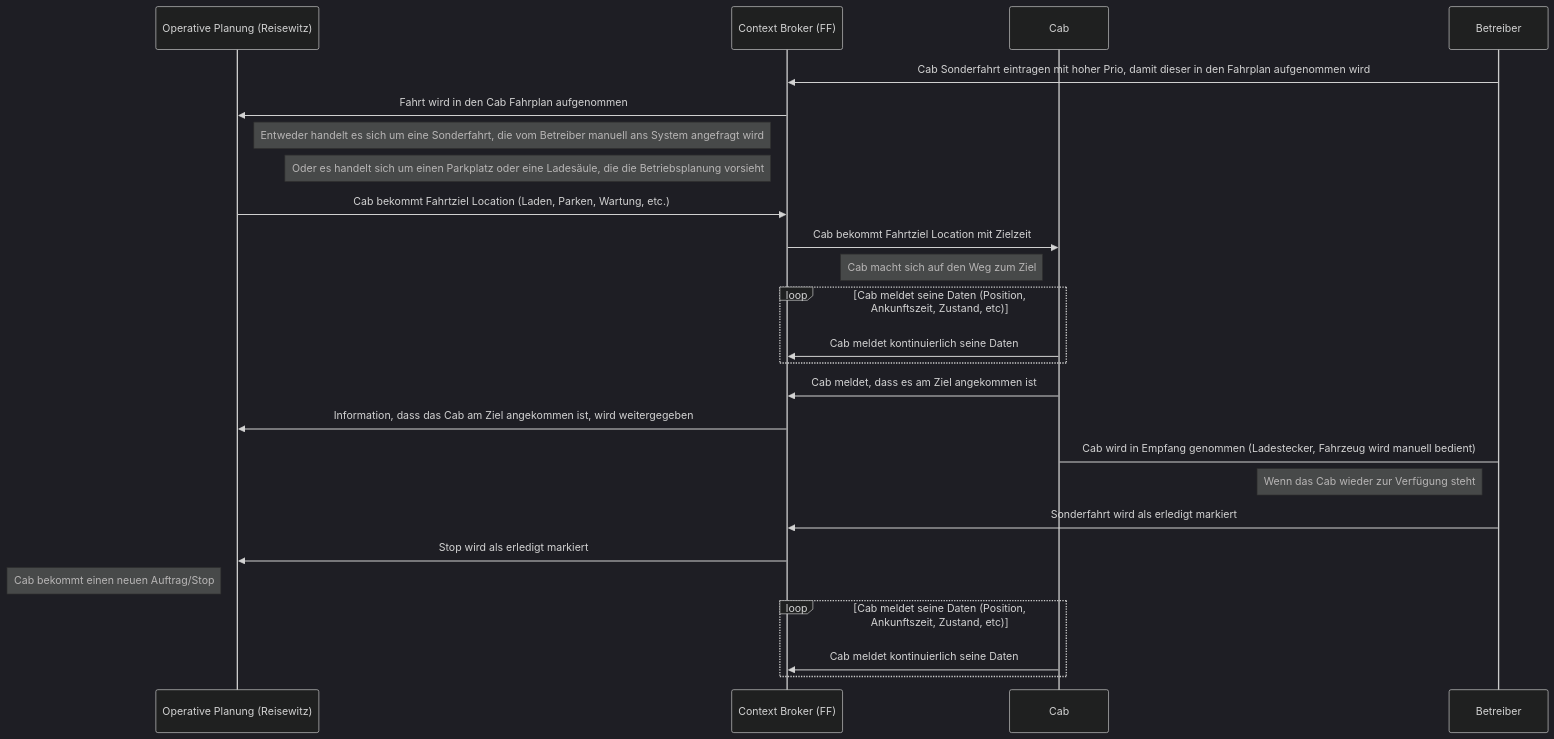
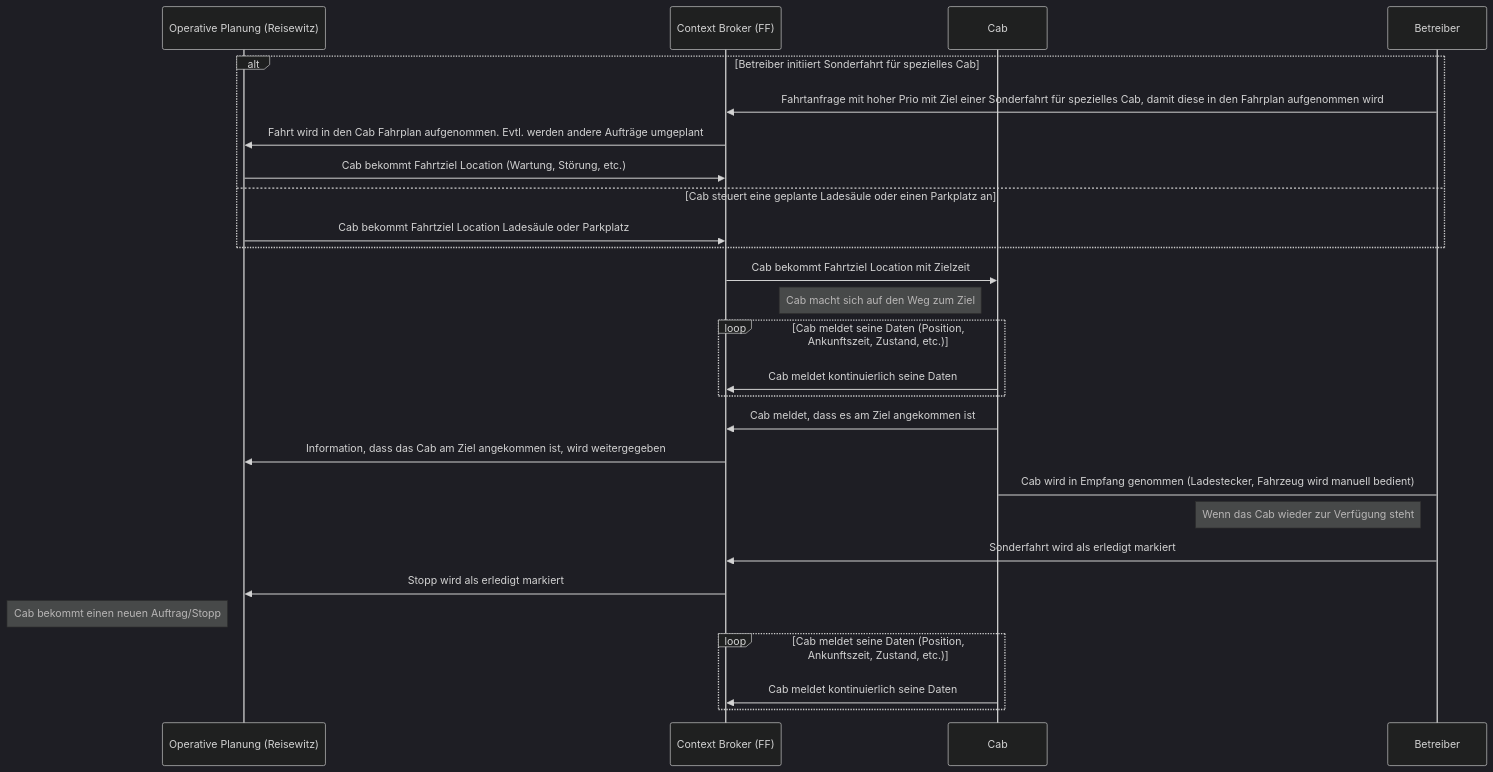
Before and after one commit to NeMo-bil/documentation: the third of 3 diagrams in README.md, drawn with Mermaid (dark theme).

Commit message:
Anpassung an Sonderfahrt

````diff
--- a/README.md
+++ b/README.md
@@ -146,38 +146,38 @@
 ```mermaid
 sequenceDiagram
 %% auskommentieren wenn wir Details zur Kommunikation aufschreiben
 %% autonumber
 %% Benutzer definieren
 %%actor User
 %% technische Teilnehmer/Componenten definieren
 participant RW as Operative Planung (Reisewitz)
 participant CB as Context Broker (FF)
 participant Cab
 participant Betreiber
 
-Betreiber->>CB: Cab Sonderfahrt eintragen mit hoher Prio, damit dieser in den Fahrplan aufgenommen wird
-CB->>RW: Fahrt wird in den Cab Fahrplan aufgenommen
-Note left of CB: Entweder handelt es sich um eine Sonderfahrt, die vom Betreiber manuell ans System angefragt wird
-Note left of CB: Oder es handelt sich um einen Parkplatz oder eine Ladesäule, die die Betriebsplanung vorsieht
+alt Betreiber initiiert Sonderfahrt für spezielles Cab
+    Betreiber->>CB: Fahrtanfrage mit hoher Prio mit Ziel einer Sonderfahrt für spezielles Cab, damit diese in den Fahrplan aufgenommen wird
+    CB->>RW: Fahrt wird in den Cab Fahrplan aufgenommen. Evtl. werden andere Aufträge umgeplant
+    RW->>CB: Cab bekommt Fahrtziel Location (Wartung, Störung,  etc.)
+else Cab steuert eine geplante Ladesäule oder einen Parkplatz an
+    RW->>CB: Cab bekommt Fahrtziel Location Ladesäule oder Parkplatz
+end
 
-RW->>CB: Cab bekommt Fahrtziel Location (Laden, Parken, Wartung, etc.)
 CB->>Cab: Cab bekommt Fahrtziel Location mit Zielzeit
 Note left of Cab: Cab macht sich auf den Weg zum Ziel
 
-loop Cab meldet seine Daten (Position, Ankunftszeit, Zustand, etc)
-Cab->>CB: Cab meldet kontinuierlich seine Daten
+loop Cab meldet seine Daten (Position, Ankunftszeit, Zustand, etc.)
+    Cab->>CB: Cab meldet kontinuierlich seine Daten
 End
 
 Cab->>CB: Cab meldet, dass es am Ziel angekommen ist
 CB->>RW: Information, dass das Cab am Ziel angekommen ist, wird weitergegeben
-
 Cab->Betreiber: Cab wird in Empfang genommen (Ladestecker, Fahrzeug wird manuell bedient)
 Note left of Betreiber: Wenn das Cab wieder zur Verfügung steht
-
 Betreiber->>CB: Sonderfahrt wird als erledigt markiert
-CB->>RW: Stop wird als erledigt markiert
-Note left of RW: Cab bekommt einen neuen Auftrag/Stop
-loop Cab meldet seine Daten (Position, Ankunftszeit, Zustand, etc)
+CB->>RW: Stopp wird als erledigt markiert
+Note left of RW: Cab bekommt einen neuen Auftrag/Stopp
+loop Cab meldet seine Daten (Position, Ankunftszeit, Zustand, etc.)
 Cab->>CB: Cab meldet kontinuierlich seine Daten
 end
 ```
````
